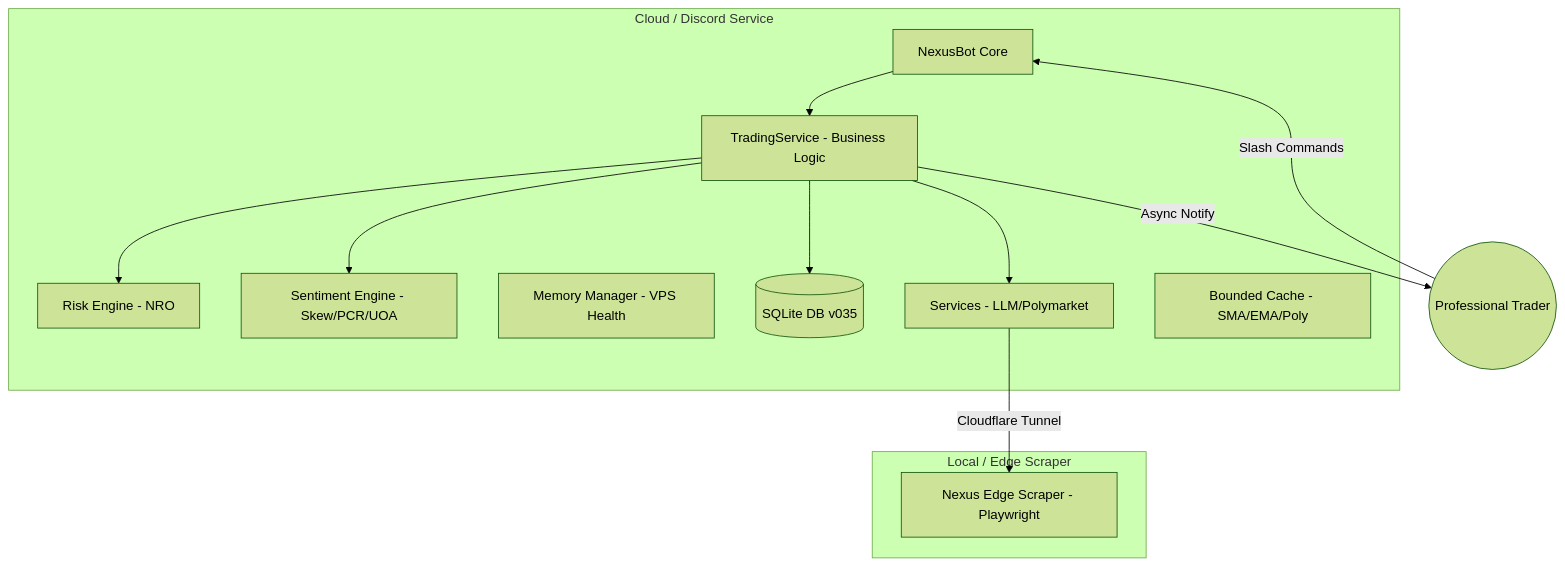
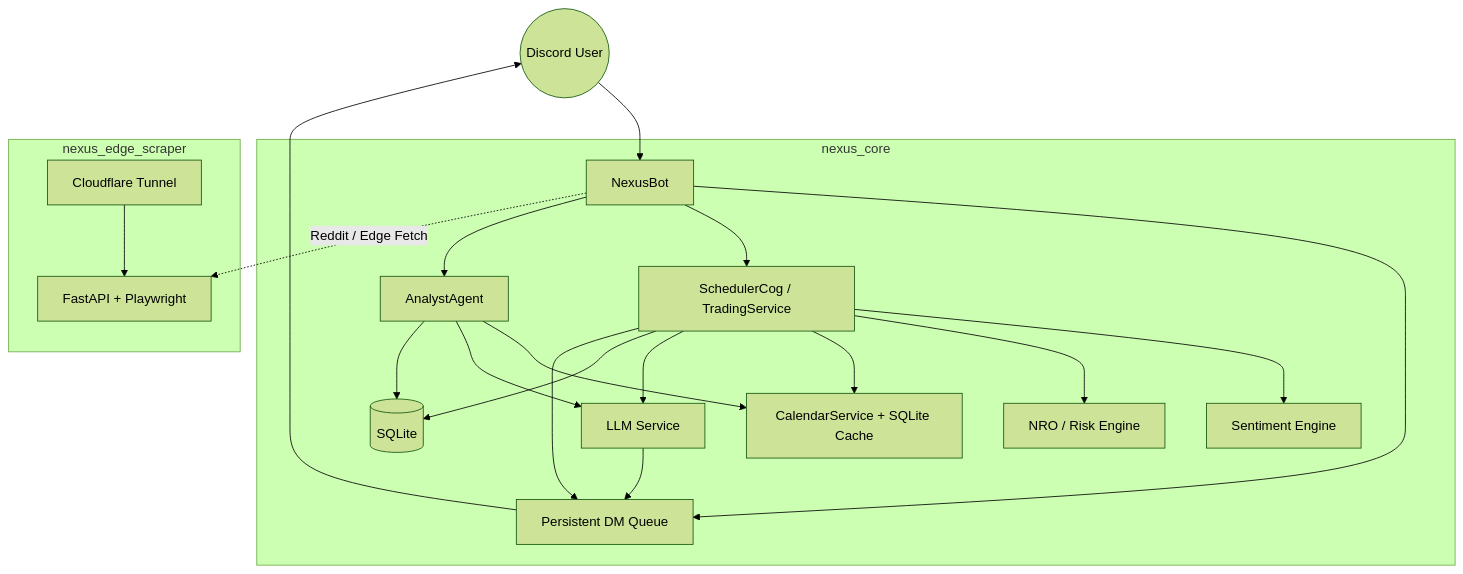
Before and after one commit to cosmo-chang-1701/nexus-seeker: the diagram in README.md, drawn with Mermaid (forest theme). The commit also changed other lines of this file and 1 other file, not shown here.

````diff
--- a/README.md
+++ b/README.md
@@ -38,26 +34,39 @@
 ```mermaid
 graph TD
-    subgraph Cloud_Environment [Cloud / Discord Service]
-        Bot[NexusBot Core]
-        TS[TradingService - Business Logic]
-        RE[Risk Engine - NRO]
-        SE[Sentiment Engine - Skew/PCR/UOA]
-        MM[Memory Manager - VPS Health]
-        DB[(SQLite DB v035)]
-        S[Services - LLM/Polymarket]
-        C[Bounded Cache - SMA/EMA/Poly]
+    User((Discord User))
+
+    subgraph Core[nexus_core]
+        Bot[NexusBot]
+        Queue[Persistent DM Queue]
+        Trading[SchedulerCog / TradingService]
+        Analyst[AnalystAgent]
+        Sentiment[Sentiment Engine]
+        NRO[NRO / Risk Engine]
+        Calendar[CalendarService + SQLite Cache]
+        LLM[LLM Service]
+        DB[(SQLite)]
     end
 
-    subgraph Edge_Environment [Local / Edge Scraper]
-        ES[Nexus Edge Scraper - Playwright]
+    subgraph Edge[nexus_edge_scraper]
+        EdgeAPI[FastAPI + Playwright]
+        Tunnel[Cloudflare Tunnel]
     end
 
-    User((Professional Trader)) -- Slash Commands --> Bot
-    Bot --> TS
-    TS --> RE
-    TS --> SE
-    TS --> DB
-    TS --> S
-    S -- Cloudflare Tunnel --> ES
-    TS -- Async Notify --> User
+    User --> Bot
+    Bot --> Queue
+    Bot --> Trading
+    Bot --> Analyst
+    Trading --> Sentiment
+    Trading --> NRO
+    Trading --> Calendar
+    Trading --> LLM
+    Trading --> DB
+    Analyst --> Calendar
+    Analyst --> LLM
+    Analyst --> DB
+    LLM --> Queue
+    Trading --> Queue
+    Queue --> User
+    Bot -. Reddit / Edge Fetch .-> EdgeAPI
+    Tunnel --> EdgeAPI
 ```
````
